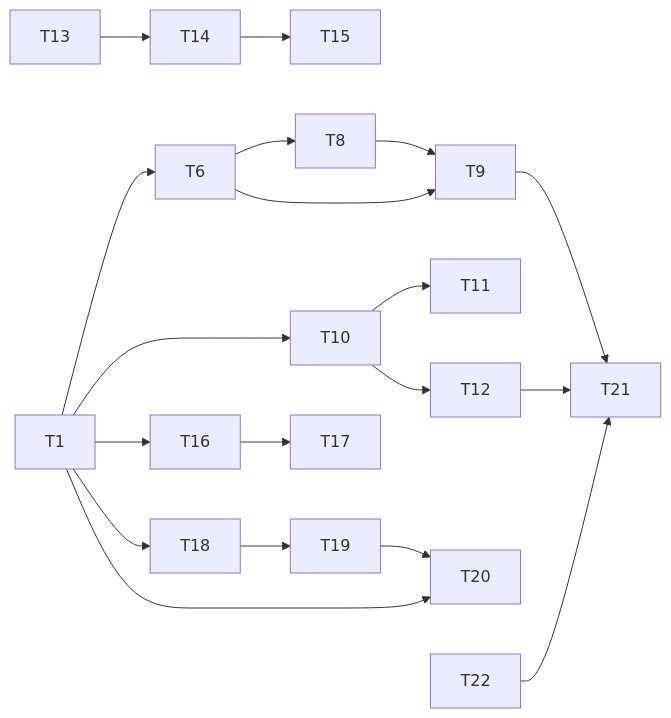
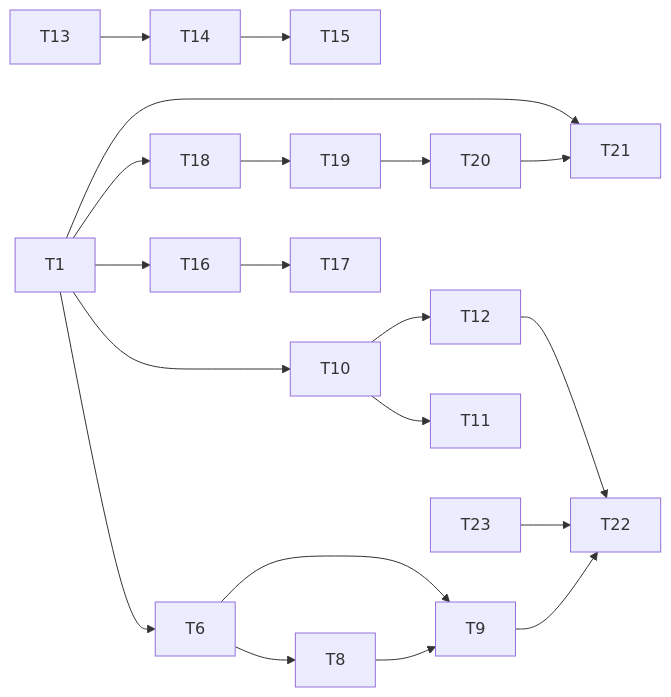
One commit to JusKyle/nodered-collect changed the second of 2 diagrams in specs/features/边缘网关管理_任务规划.md. Above: the diagram before and after it, drawn with Mermaid. The commit also changed other lines of this file and 3 other files, not shown here.

````diff
--- a/specs/features/边缘网关管理_任务规划.md
+++ b/specs/features/边缘网关管理_任务规划.md
@@ -130,21 +130,22 @@
 ```mermaid
 graph LR
     T1 --> T6
     T1 --> T10
     T1 --> T16
     T1 --> T18
-    T1 --> T20
+    T1 --> T21
     T6 --> T8
     T6 --> T9
     T8 --> T9
     T10 --> T11
     T10 --> T12
     T13 --> T14
     T14 --> T15
     T16 --> T17
     T18 --> T19
     T19 --> T20
-    T9 --> T21
-    T12 --> T21
-    T22 --> T21
+    T20 --> T21
+    T9 --> T22
+    T12 --> T22
+    T23 --> T22
 ```
````
